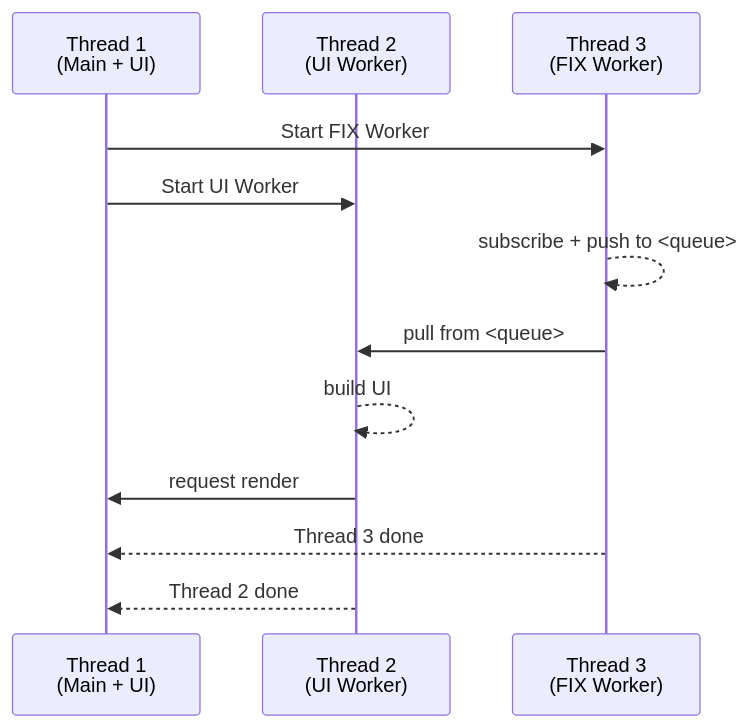
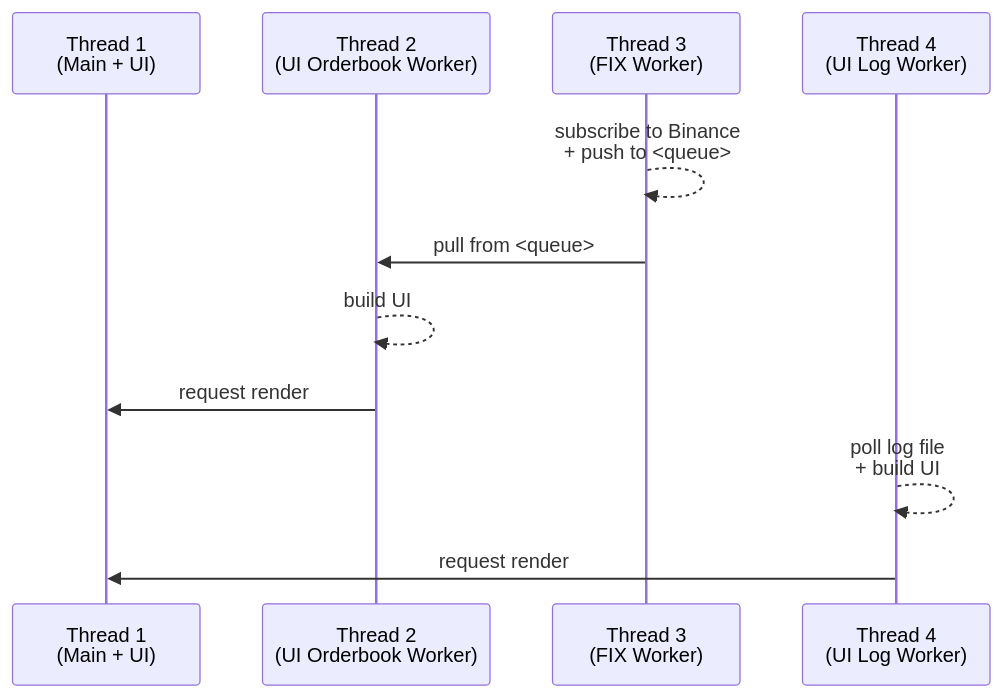
The diagram in README.md (milsanore/trader.cpp), drawn with Mermaid before and after one commit. The commit also changed other lines of this file and 55 other files, not shown here.

````diff
--- a/README.md
+++ b/README.md
@@ -151,15 +157,14 @@
 ```mermaid
 sequenceDiagram
     participant T1 as Thread 1<br>(Main + UI)
-    participant T2 as Thread 2<br>(UI Worker)
+    participant T2 as Thread 2<br>(UI Orderbook Worker)
     participant T3 as Thread 3<br>(FIX Worker)
+    participant T4 as Thread 4<br>(UI Log Worker)
 
-    T1->>T3: Start FIX Worker
-    T1->>T2: Start UI Worker
-    T3-->>T3: subscribe + push to <queue>
+    T3-->>T3: subscribe to Binance <br> + push to <queue>
     T3->>T2: pull from <queue>
     T2-->>T2: build UI
     T2->>T1: request render
-    T3-->>T1: Thread 3 done
-    T2-->>T1: Thread 2 done
+    T4-->>T4: poll log file <br> + build UI
+    T4->>T1: request render
 ```
````
